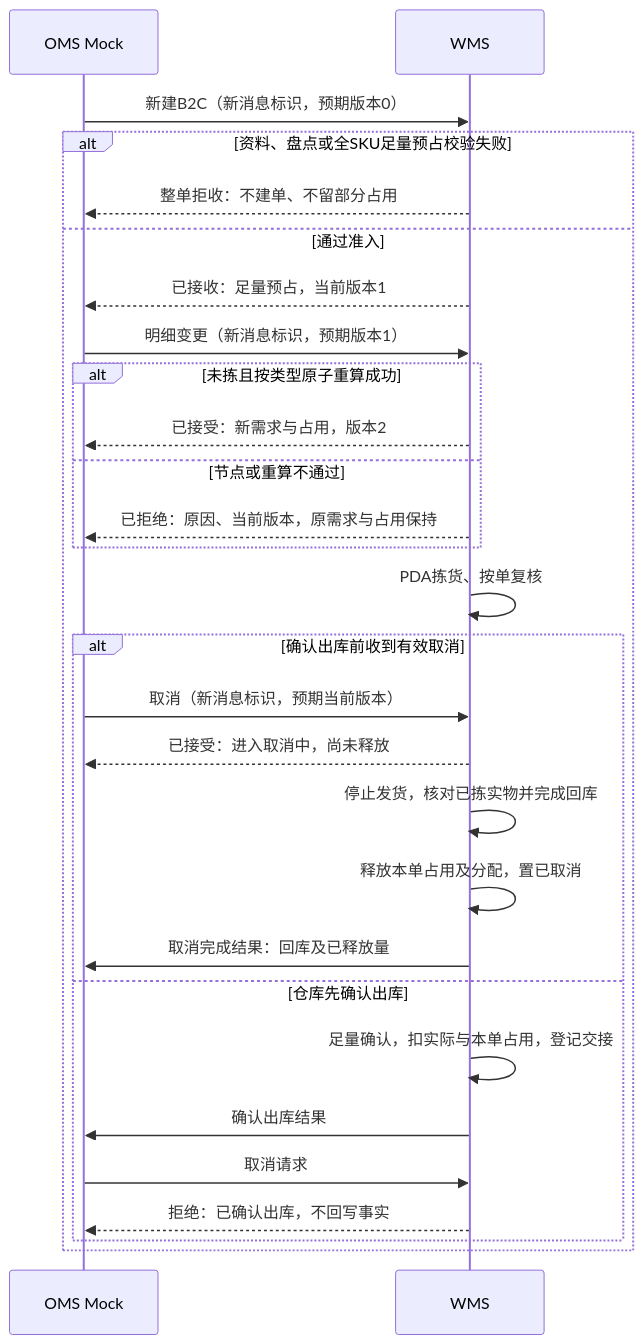
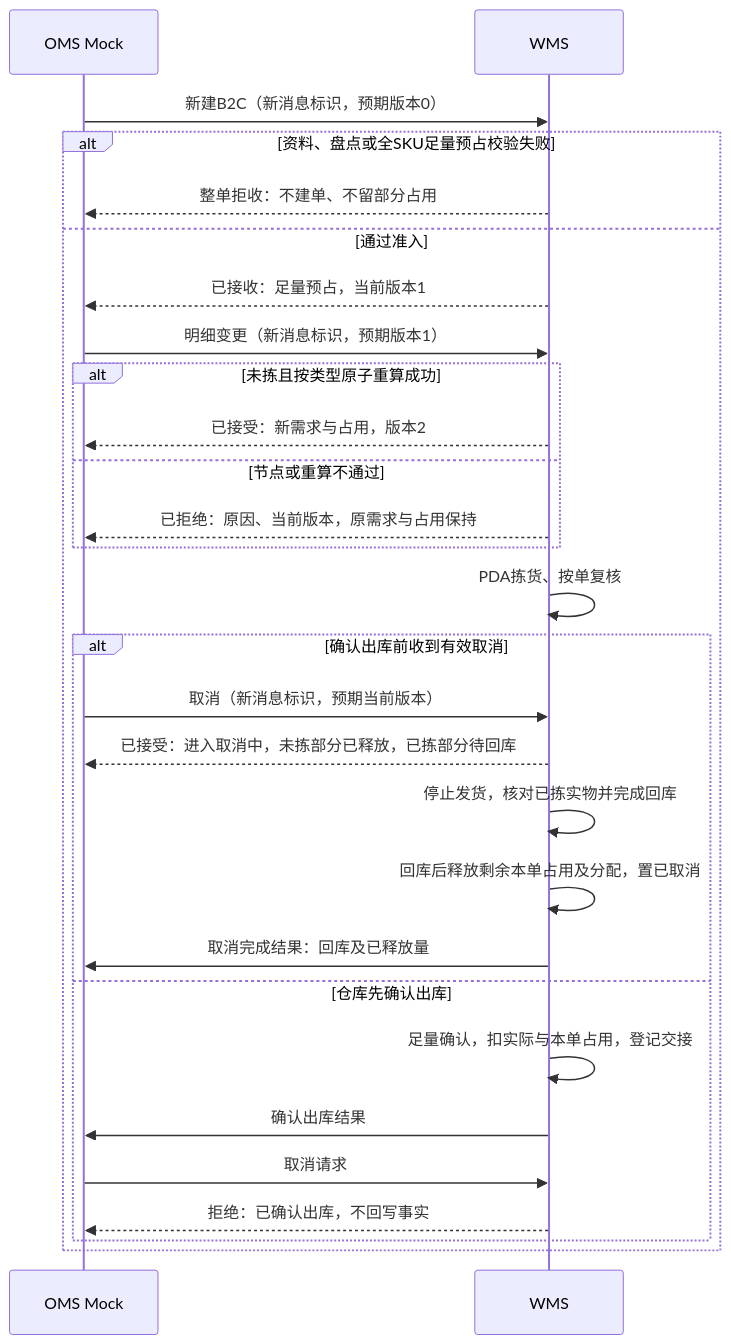
One commit to TopVitamin/QS-WMS-Project changed the second of 2 diagrams in 05-应用设计方案/20261002-MVP版本/系统架构设计/06-接口与OMS Mock消息设计.md. Above: the diagram before and after it, drawn with Mermaid. The commit also changed other lines of this file and 63 other files, not shown here.

````diff
--- a/05-应用设计方案/20261002-MVP版本/系统架构设计/06-接口与OMS Mock消息设计.md
+++ b/05-应用设计方案/20261002-MVP版本/系统架构设计/06-接口与OMS Mock消息设计.md
@@ -103,30 +104,30 @@
 ```mermaid
 sequenceDiagram
     participant M as OMS Mock
     participant W as WMS
     M->>W: 新建B2C（新消息标识，预期版本0）
     alt 资料、盘点或全SKU足量预占校验失败
         W-->>M: 整单拒收：不建单、不留部分占用
     else 通过准入
         W-->>M: 已接收：足量预占，当前版本1
         M->>W: 明细变更（新消息标识，预期版本1）
         alt 未拣且按类型原子重算成功
             W-->>M: 已接受：新需求与占用，版本2
         else 节点或重算不通过
             W-->>M: 已拒绝：原因、当前版本，原需求与占用保持
         end
         W->>W: PDA拣货、按单复核
         alt 确认出库前收到有效取消
             M->>W: 取消（新消息标识，预期当前版本）
-            W-->>M: 已接受：进入取消中，尚未释放
+            W-->>M: 已接受：进入取消中，未拣部分已释放，已拣部分待回库
             W->>W: 停止发货，核对已拣实物并完成回库
-            W->>W: 释放本单占用及分配，置已取消
+            W->>W: 回库后释放剩余本单占用及分配，置已取消
             W->>M: 取消完成结果：回库及已释放量
         else 仓库先确认出库
             W->>W: 足量确认，扣实际与本单占用，登记交接
             W->>M: 确认出库结果
             M->>W: 取消请求
             W-->>M: 拒绝：已确认出库，不回写事实
         end
     end
 ```
````
